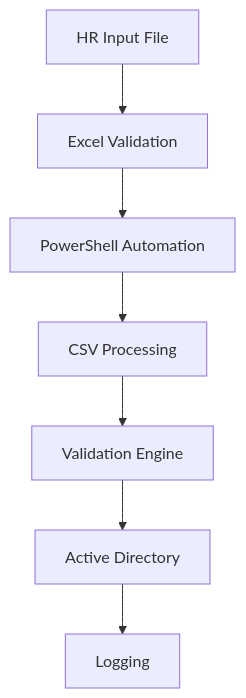
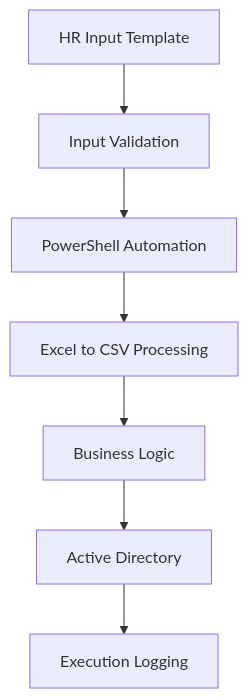
Before and after one commit to CyberX-07/powershell-ad-user-automation: the diagram in README.md, drawn with Mermaid. The commit also changed other lines of this file, not shown here.

````diff
--- a/README.md
+++ b/README.md
@@ -90,10 +82,10 @@
 ```mermaid
 flowchart TD
 
-A[HR Input File] --> B[Excel Validation]
+A[HR Input Template] --> B[Input Validation]
 B --> C[PowerShell Automation]
-C --> D[CSV Processing]
-D --> E[Validation Engine]
+C --> D[Excel to CSV Processing]
+D --> E[Business Logic]
 E --> F[Active Directory]
-F --> G[Logging]
+F --> G[Execution Logging]
 ```
````
